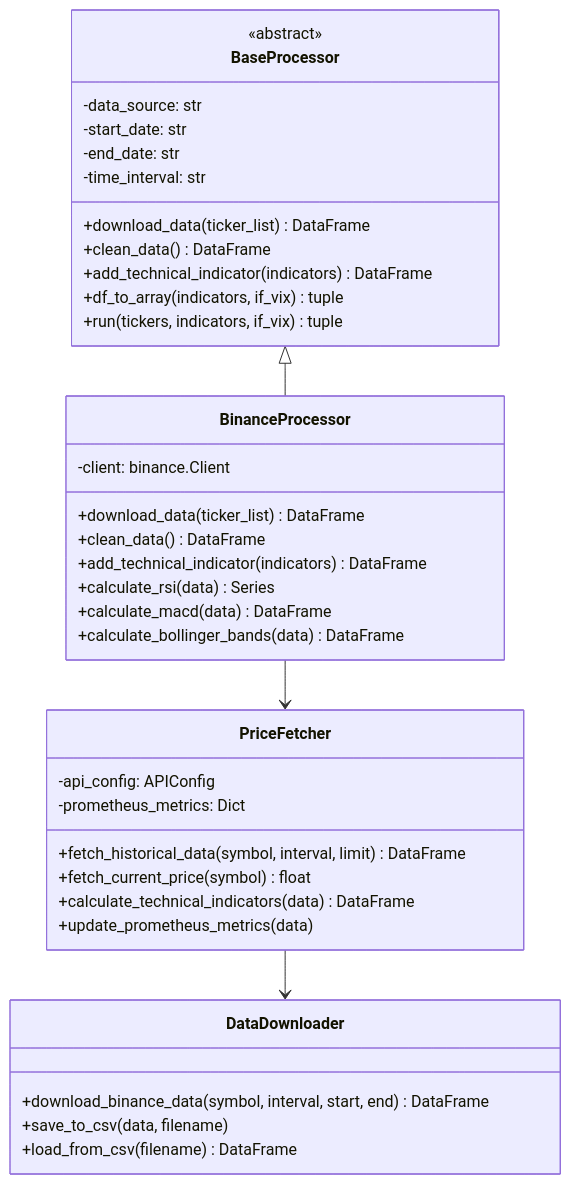
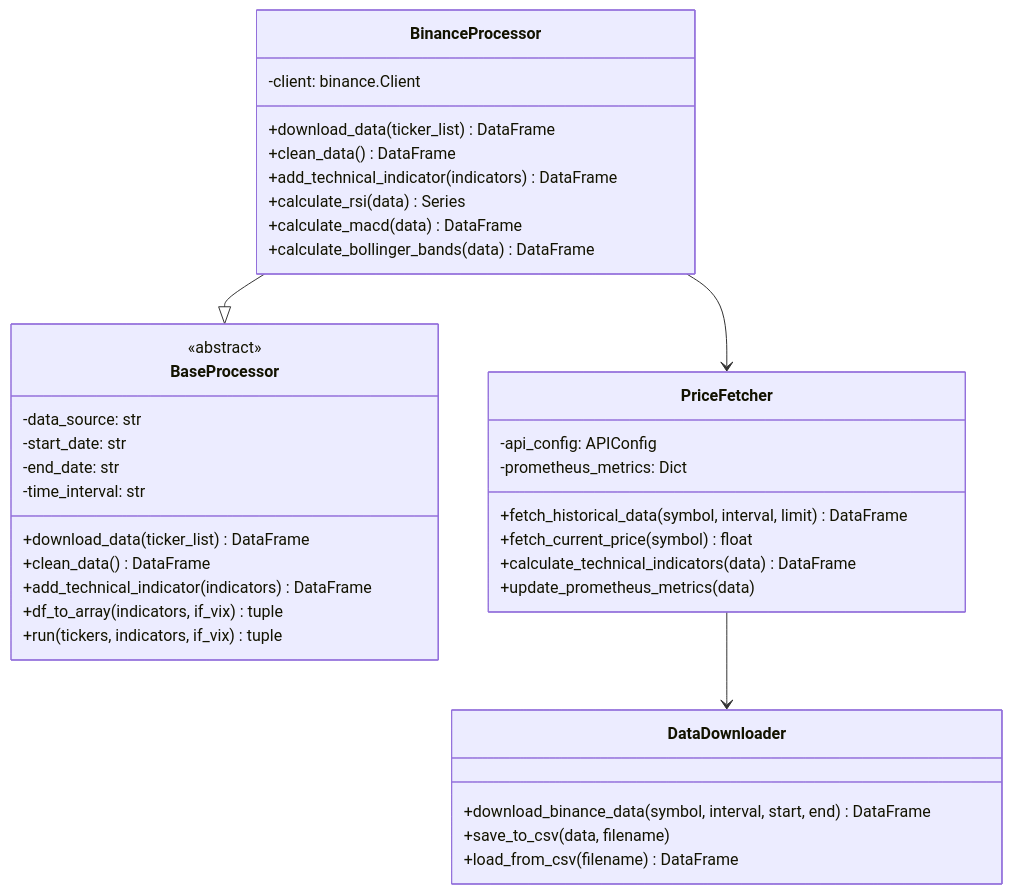
Before and after one commit to cluster2600/ELVIS: the fourth of 6 diagrams in README.md, drawn with Mermaid. The commit also changed other lines of this file and 2 other files, not shown here.

````diff
--- a/README.md
+++ b/README.md
@@ -261,44 +261,44 @@
 ```mermaid
 classDiagram
     class BaseProcessor {
         <<abstract>>
         -data_source: str
         -start_date: str
         -end_date: str
         -time_interval: str
         +download_data(ticker_list) DataFrame
         +clean_data() DataFrame
         +add_technical_indicator(indicators) DataFrame
         +df_to_array(indicators, if_vix) tuple
         +run(tickers, indicators, if_vix) tuple
     }
     
     class BinanceProcessor {
         -client: binance.Client
         +download_data(ticker_list) DataFrame
         +clean_data() DataFrame
         +add_technical_indicator(indicators) DataFrame
         +calculate_rsi(data) Series
         +calculate_macd(data) DataFrame
         +calculate_bollinger_bands(data) DataFrame
     }
     
     class PriceFetcher {
         -api_config: APIConfig
         -prometheus_metrics: Dict
         +fetch_historical_data(symbol, interval, limit) DataFrame
         +fetch_current_price(symbol) float
         +calculate_technical_indicators(data) DataFrame
         +update_prometheus_metrics(data)
     }
     
     class DataDownloader {
         +download_binance_data(symbol, interval, start, end) DataFrame
         +save_to_csv(data, filename)
         +load_from_csv(filename) DataFrame
     }
     
-    BaseProcessor <|-- BinanceProcessor
+    BinanceProcessor --|> BaseProcessor
     BinanceProcessor --> PriceFetcher
     PriceFetcher --> DataDownloader
 ```
````
